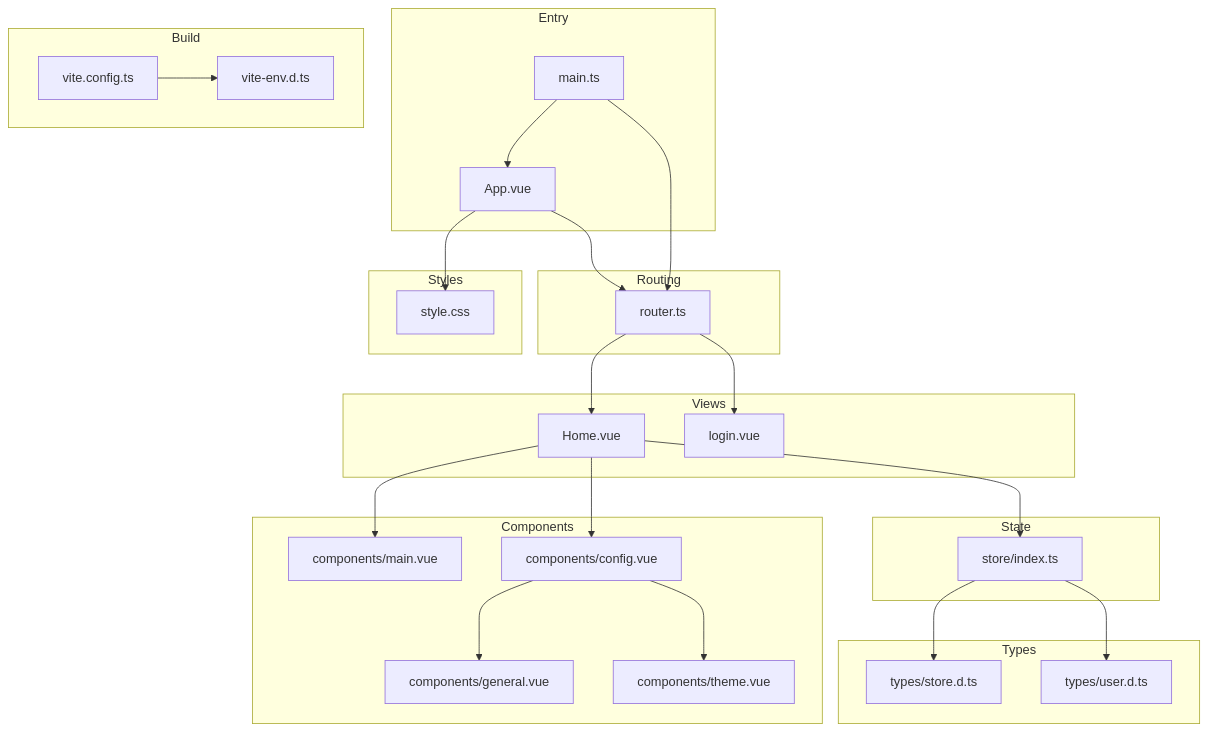
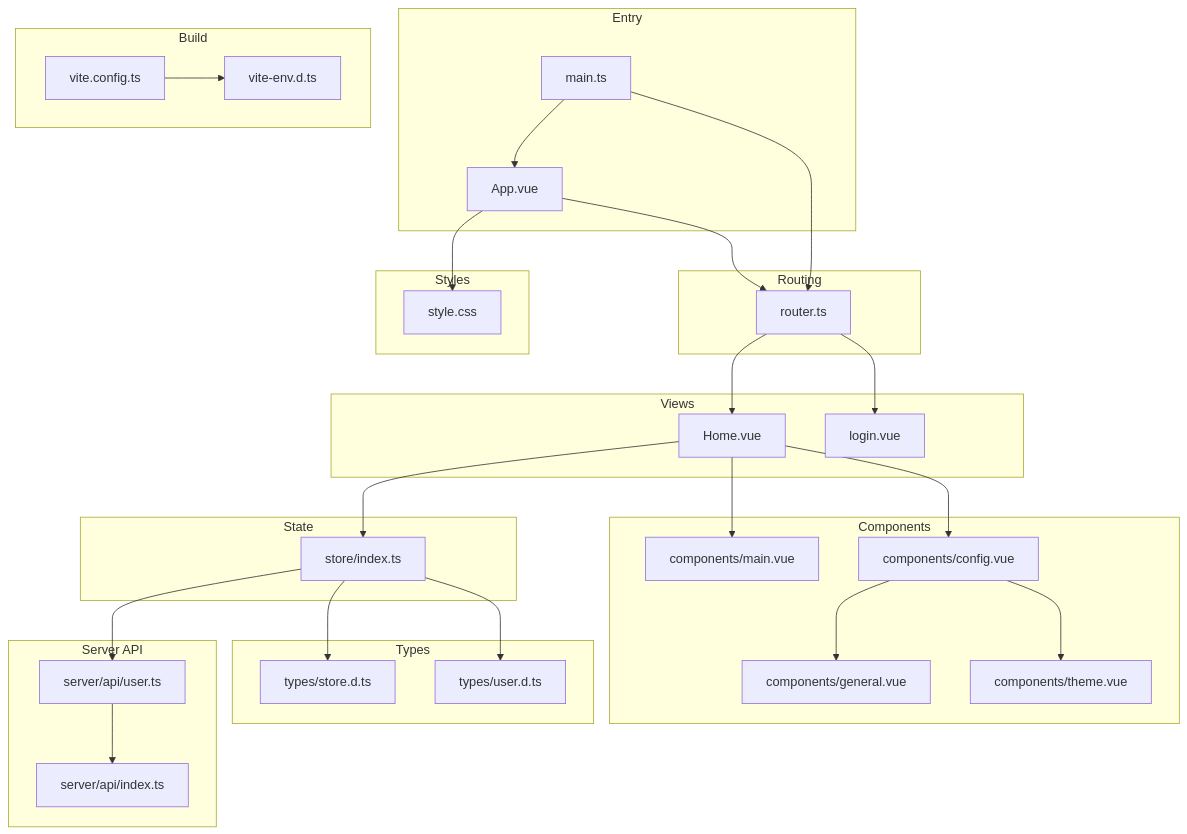
One commit to xinyo/startora changed the first of 9 diagrams in .qoder/repowiki/en/content/Frontend Application/Frontend Application.md. Above: the diagram before and after it, drawn with Mermaid. The commit also changed other lines of this file and 19 other files, not shown here.

````diff
--- a/.qoder/repowiki/en/content/Frontend Application/Frontend Application.md
+++ b/.qoder/repowiki/en/content/Frontend Application/Frontend Application.md
@@ -48,48 +59,54 @@
 ```mermaid
 graph TB
 subgraph "Entry"
 M["main.ts"]
 A["App.vue"]
 end
 subgraph "Routing"
 R["router.ts"]
 end
 subgraph "Views"
 H["Home.vue"]
 L["login.vue"]
 end
 subgraph "Components"
 CM["components/main.vue"]
 CC["components/config.vue"]
 CG["components/general.vue"]
 CT["components/theme.vue"]
 end
 subgraph "State"
 S["store/index.ts"]
 end
 subgraph "Types"
 T1["types/store.d.ts"]
 T2["types/user.d.ts"]
 end
+subgraph "Server API"
+API["server/api/user.ts"]
+APIIDX["server/api/index.ts"]
+end
 subgraph "Styles"
 ST["style.css"]
 end
 subgraph "Build"
 VC["vite.config.ts"]
 VE["vite-env.d.ts"]
 end
 M --> A
 M --> R
 A --> R
 R --> H
 R --> L
 H --> CM
 H --> CC
 CC --> CG
 CC --> CT
 H --> S
 S --> T1
 S --> T2
+S --> API
+API --> APIIDX
 A --> ST
 VC --> VE
 ```
````
